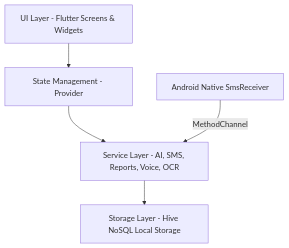
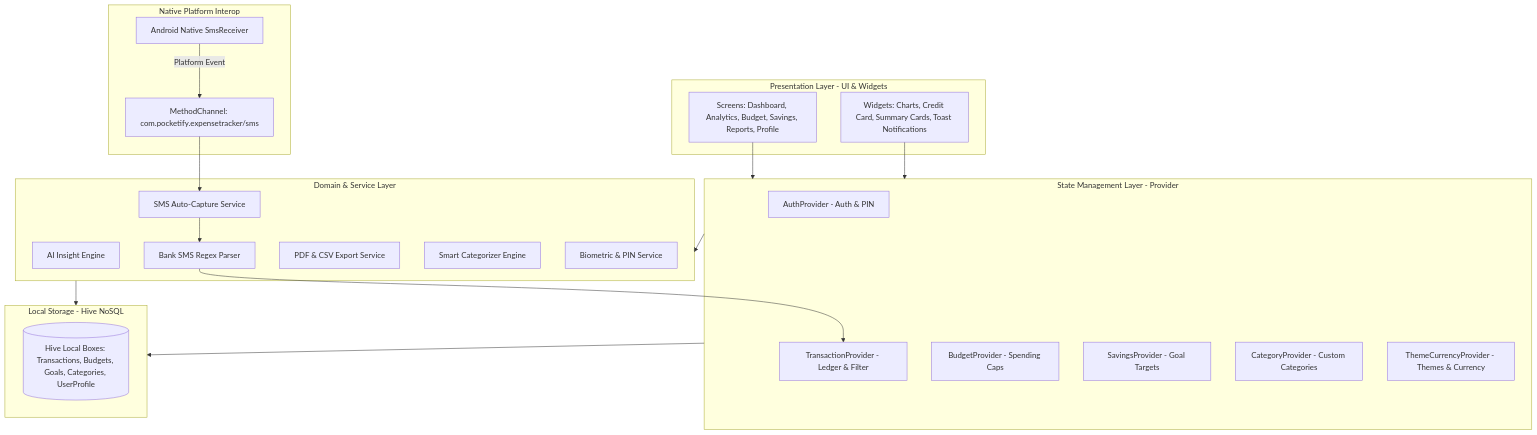
One commit to Sumit1sah/POCKET_TRACKER changed the diagram in README.md. Above: the diagram before and after it, drawn with Mermaid. The commit also changed other lines of this file, not shown here.

````diff
--- a/README.md
+++ b/README.md
@@ -111,7 +138,44 @@
 ```mermaid
-graph TD
-    UI[UI Layer - Flutter Screens & Widgets] --> Provider[State Management - Provider]
-    Provider --> Services[Service Layer - AI, SMS, Reports, Voice, OCR]
-    Services --> Hive[Storage Layer - Hive NoSQL Local Storage]
-    Native[Android Native SmsReceiver] -->|MethodChannel| Services
+graph TB
+    subgraph Presentation_Layer [Presentation Layer - UI & Widgets]
+        UI_Screens[Screens: Dashboard, Analytics, Budget, Savings, Reports, Profile]
+        UI_Widgets[Widgets: Charts, Credit Card, Summary Cards, Toast Notifications]
+    end
+
+    subgraph State_Management [State Management Layer - Provider]
+        AuthProvider[AuthProvider - Auth & PIN]
+        TxnProvider[TransactionProvider - Ledger & Filter]
+        BudgetProvider[BudgetProvider - Spending Caps]
+        SavingsProvider[SavingsProvider - Goal Targets]
+        CategoryProvider[CategoryProvider - Custom Categories]
+        ThemeCurrencyProvider[ThemeCurrencyProvider - Themes & Currency]
+    end
+
+    subgraph Business_Services [Domain & Service Layer]
+        AiService[AI Insight Engine]
+        SmsParser[Bank SMS Regex Parser]
+        SmsCapture[SMS Auto-Capture Service]
+        ReportService[PDF & CSV Export Service]
+        SmartCategorizer[Smart Categorizer Engine]
+        BiometricService[Biometric & PIN Service]
+    end
+
+    subgraph Native_Platform [Native Platform Interop]
+        KotlinReceiver[Android Native SmsReceiver]
+        MethodChannel[MethodChannel: com.pocketify.expensetracker/sms]
+    end
+
+    subgraph Persistence_Layer [Local Storage - Hive NoSQL]
+        HiveDB[(Hive Local Boxes: Transactions, Budgets, Goals, Categories, UserProfile)]
+    end
+
+    UI_Screens --> State_Management
+    UI_Widgets --> State_Management
+    State_Management --> Business_Services
+    KotlinReceiver -->|Platform Event| MethodChannel
+    MethodChannel --> SmsCapture
+    SmsCapture --> SmsParser
+    SmsParser --> TxnProvider
+    Business_Services --> Persistence_Layer
+    State_Management --> Persistence_Layer
 ```
````
